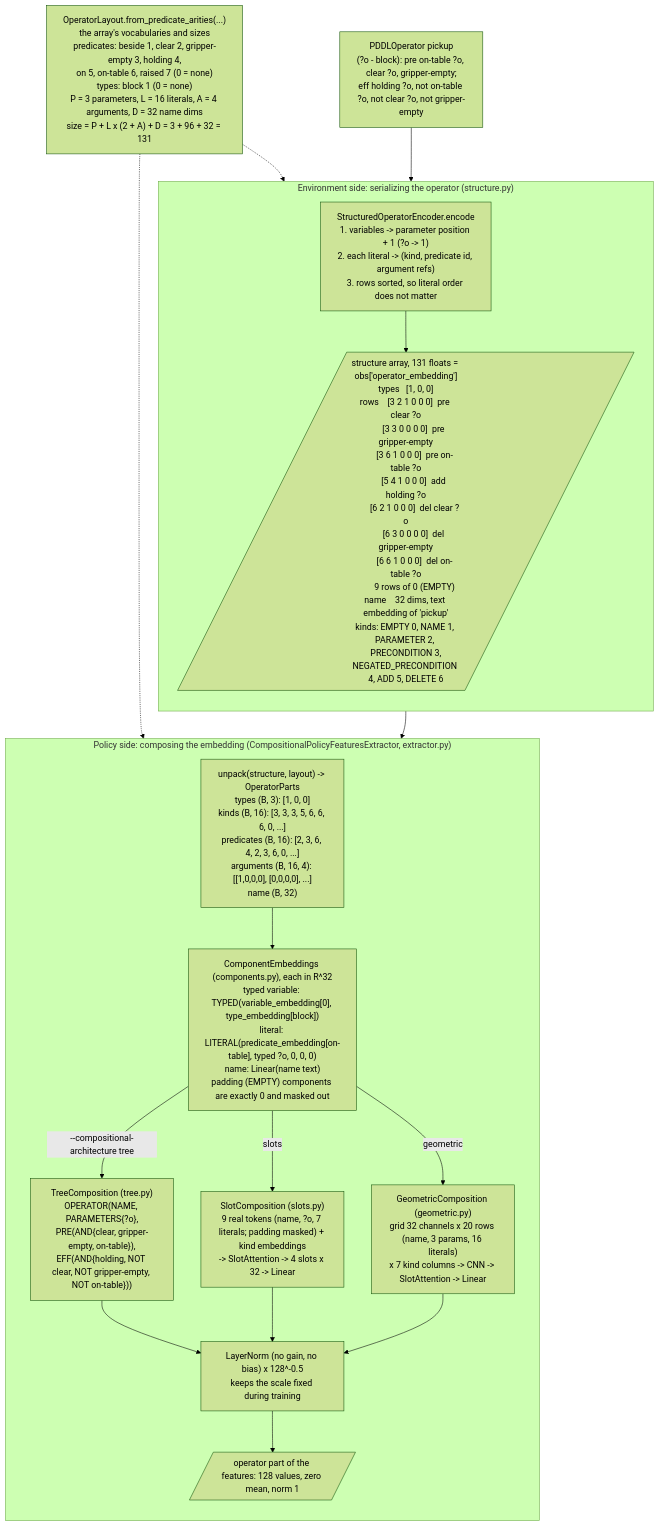
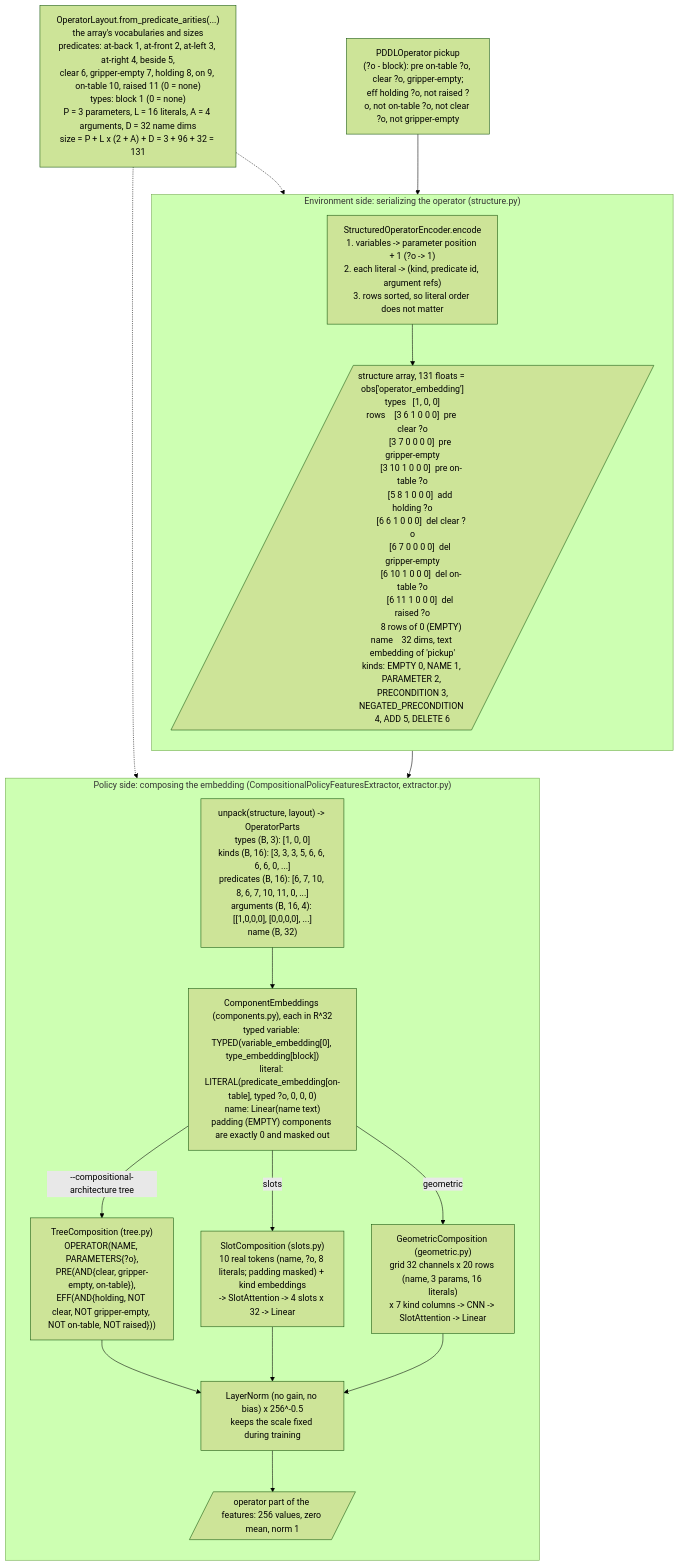
The second of 2 diagrams in docs/operator_embeddings.md (carwyn987/compositional_action_models), drawn with Mermaid (forest theme) before and after one commit. The commit also changed other lines of this file and 3 other files, not shown here.

````diff
--- a/docs/operator_embeddings.md
+++ b/docs/operator_embeddings.md
@@ -84,34 +84,34 @@
 ```mermaid
 flowchart TB
-    config["OperatorLayout.from_predicate_arities(...)<br/>the array's vocabularies and sizes<br/>predicates: beside 1, clear 2, gripper-empty 3, holding 4,<br/>on 5, on-table 6, raised 7 (0 = none)<br/>types: block 1 (0 = none)<br/>P = 3 parameters, L = 16 literals, A = 4 arguments, D = 32 name dims<br/>size = P + L x (2 + A) + D = 3 + 96 + 32 = 131"]
+    config["OperatorLayout.from_predicate_arities(...)<br/>the array's vocabularies and sizes<br/>predicates: at-back 1, at-front 2, at-left 3, at-right 4, beside 5,<br/>clear 6, gripper-empty 7, holding 8, on 9, on-table 10, raised 11 (0 = none)<br/>types: block 1 (0 = none)<br/>P = 3 parameters, L = 16 literals, A = 4 arguments, D = 32 name dims<br/>size = P + L x (2 + A) + D = 3 + 96 + 32 = 131"]
 
-    op["PDDLOperator pickup<br/>(?o - block): pre on-table ?o, clear ?o, gripper-empty;<br/>eff holding ?o, not on-table ?o, not clear ?o, not gripper-empty"]
+    op["PDDLOperator pickup<br/>(?o - block): pre on-table ?o, clear ?o, gripper-empty;<br/>eff holding ?o, not raised ?o, not on-table ?o, not clear ?o, not gripper-empty"]
 
     subgraph env["Environment side: serializing the operator (structure.py)"]
         direction TB
         encoder["StructuredOperatorEncoder.encode<br/>1. variables -> parameter position + 1 (?o -> 1)<br/>2. each literal -> (kind, predicate id, argument refs)<br/>3. rows sorted, so literal order does not matter"]
-        array[/"structure array, 131 floats = obs['operator_embedding']<br/>types   [1, 0, 0]<br/>rows    [3 2 1 0 0 0]  pre clear ?o<br/>        [3 3 0 0 0 0]  pre gripper-empty<br/>        [3 6 1 0 0 0]  pre on-table ?o<br/>        [5 4 1 0 0 0]  add holding ?o<br/>        [6 2 1 0 0 0]  del clear ?o<br/>        [6 3 0 0 0 0]  del gripper-empty<br/>        [6 6 1 0 0 0]  del on-table ?o<br/>        9 rows of 0 (EMPTY)<br/>name    32 dims, text embedding of 'pickup'<br/>kinds: EMPTY 0, NAME 1, PARAMETER 2, PRECONDITION 3,<br/>NEGATED_PRECONDITION 4, ADD 5, DELETE 6"/]
+        array[/"structure array, 131 floats = obs['operator_embedding']<br/>types   [1, 0, 0]<br/>rows    [3 6 1 0 0 0]  pre clear ?o<br/>        [3 7 0 0 0 0]  pre gripper-empty<br/>        [3 10 1 0 0 0]  pre on-table ?o<br/>        [5 8 1 0 0 0]  add holding ?o<br/>        [6 6 1 0 0 0]  del clear ?o<br/>        [6 7 0 0 0 0]  del gripper-empty<br/>        [6 10 1 0 0 0]  del on-table ?o<br/>        [6 11 1 0 0 0]  del raised ?o<br/>        8 rows of 0 (EMPTY)<br/>name    32 dims, text embedding of 'pickup'<br/>kinds: EMPTY 0, NAME 1, PARAMETER 2, PRECONDITION 3,<br/>NEGATED_PRECONDITION 4, ADD 5, DELETE 6"/]
     end
 
     subgraph pol["Policy side: composing the embedding (CompositionalPolicyFeaturesExtractor, extractor.py)"]
         direction TB
-        unpack["unpack(structure, layout) -> OperatorParts<br/>types (B, 3): [1, 0, 0]<br/>kinds (B, 16): [3, 3, 3, 5, 6, 6, 6, 0, ...]<br/>predicates (B, 16): [2, 3, 6, 4, 2, 3, 6, 0, ...]<br/>arguments (B, 16, 4): [[1,0,0,0], [0,0,0,0], ...]<br/>name (B, 32)"]
+        unpack["unpack(structure, layout) -> OperatorParts<br/>types (B, 3): [1, 0, 0]<br/>kinds (B, 16): [3, 3, 3, 5, 6, 6, 6, 6, 0, ...]<br/>predicates (B, 16): [6, 7, 10, 8, 6, 7, 10, 11, 0, ...]<br/>arguments (B, 16, 4): [[1,0,0,0], [0,0,0,0], ...]<br/>name (B, 32)"]
         components["ComponentEmbeddings (components.py), each in R^32<br/>typed variable: TYPED(variable_embedding[0], type_embedding[block])<br/>literal: LITERAL(predicate_embedding[on-table], typed ?o, 0, 0, 0)<br/>name: Linear(name text)<br/>padding (EMPTY) components are exactly 0 and masked out"]
-        tree["TreeComposition (tree.py)<br/>OPERATOR(NAME, PARAMETERS{?o},<br/>PRE(AND{clear, gripper-empty, on-table}),<br/>EFF(AND{holding, NOT clear, NOT gripper-empty, NOT on-table}))"]
-        slots["SlotComposition (slots.py)<br/>9 real tokens (name, ?o, 7 literals; padding masked) + kind embeddings<br/>-> SlotAttention -> 4 slots x 32 -> Linear"]
+        tree["TreeComposition (tree.py)<br/>OPERATOR(NAME, PARAMETERS{?o},<br/>PRE(AND{clear, gripper-empty, on-table}),<br/>EFF(AND{holding, NOT clear, NOT gripper-empty, NOT on-table, NOT raised}))"]
+        slots["SlotComposition (slots.py)<br/>10 real tokens (name, ?o, 8 literals; padding masked) + kind embeddings<br/>-> SlotAttention -> 4 slots x 32 -> Linear"]
         geometric["GeometricComposition (geometric.py)<br/>grid 32 channels x 20 rows (name, 3 params, 16 literals)<br/>x 7 kind columns -> CNN -> SlotAttention -> Linear"]
-        norm["LayerNorm (no gain, no bias) x 128^-0.5<br/>keeps the scale fixed during training"]
-        out[/"operator part of the features: 128 values, zero mean, norm 1"/]
+        norm["LayerNorm (no gain, no bias) x 256^-0.5<br/>keeps the scale fixed during training"]
+        out[/"operator part of the features: 256 values, zero mean, norm 1"/]
     end
 
     config -.-> encoder
     config -.-> unpack
     op --> encoder --> array --> unpack --> components
     components -- "--compositional-architecture tree" --> tree
     components -- "slots" --> slots
     components -- "geometric" --> geometric
     tree --> norm
     slots --> norm
     geometric --> norm
     norm --> out
 ```
````
